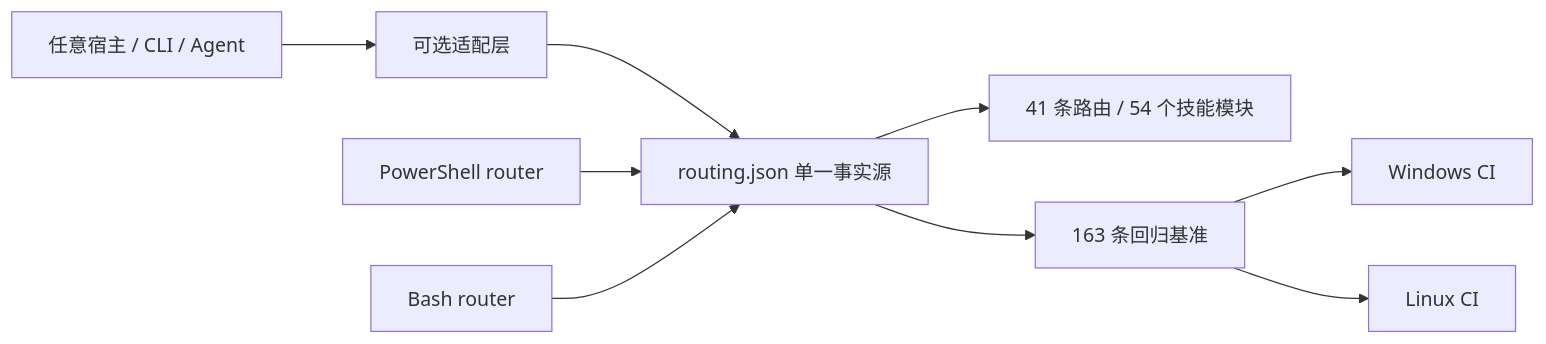
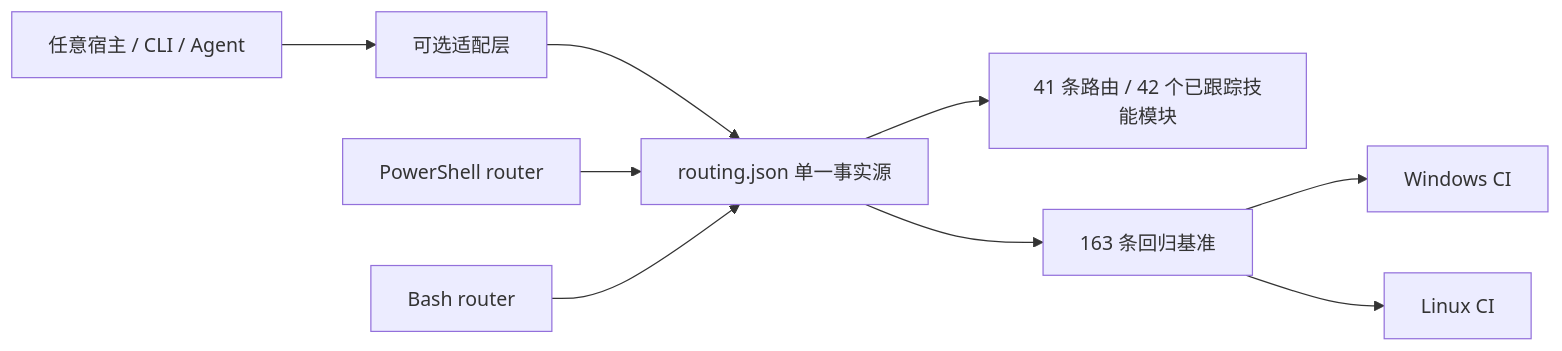
One commit to 52assert/reverse-skill changed the diagram in docs/reviews/2026-08-08-pr-43-37-36-23-integration-review.md. Above: the diagram before and after it, drawn with Mermaid. The commit also changed other lines of this file and 14 other files, not shown here.

````diff
--- a/docs/reviews/2026-08-08-pr-43-37-36-23-integration-review.md
+++ b/docs/reviews/2026-08-08-pr-43-37-36-23-integration-review.md
@@ -22,11 +22,11 @@
 ```mermaid
 flowchart LR
     C["任意宿主 / CLI / Agent"] --> A["可选适配层"]
     A --> R["routing.json 单一事实源"]
     P["PowerShell router"] --> R
     B["Bash router"] --> R
-    R --> S["41 条路由 / 54 个技能模块"]
+    R --> S["41 条路由 / 42 个已跟踪技能模块"]
     R --> T["163 条回归基准"]
     T --> W["Windows CI"]
     T --> L["Linux CI"]
 ```
````
